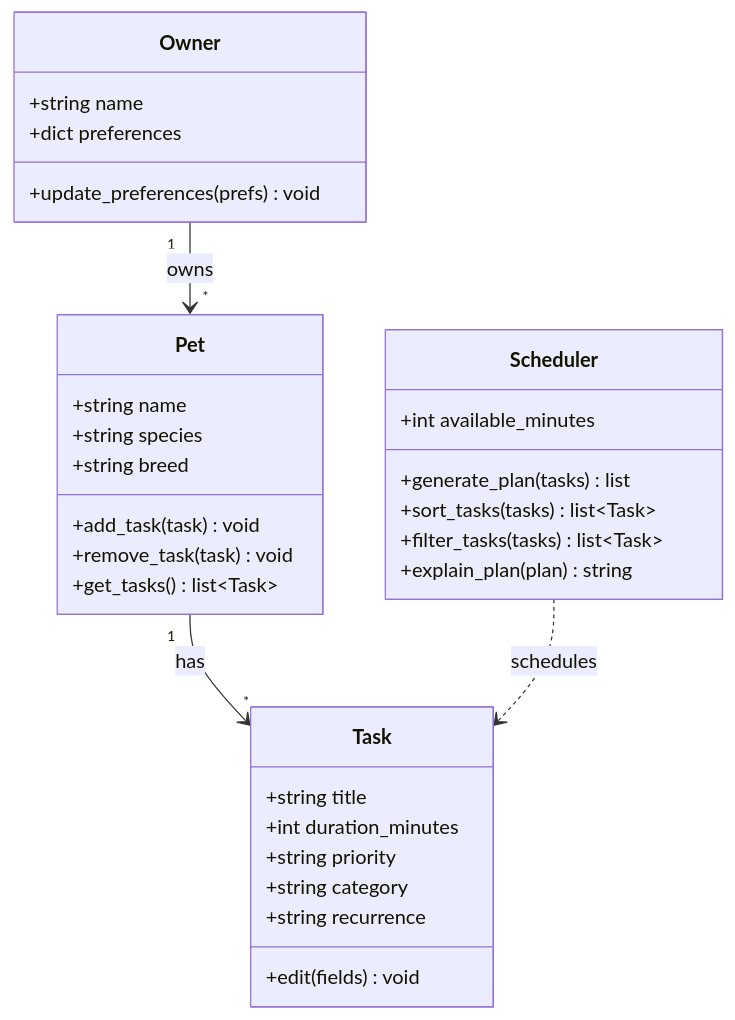
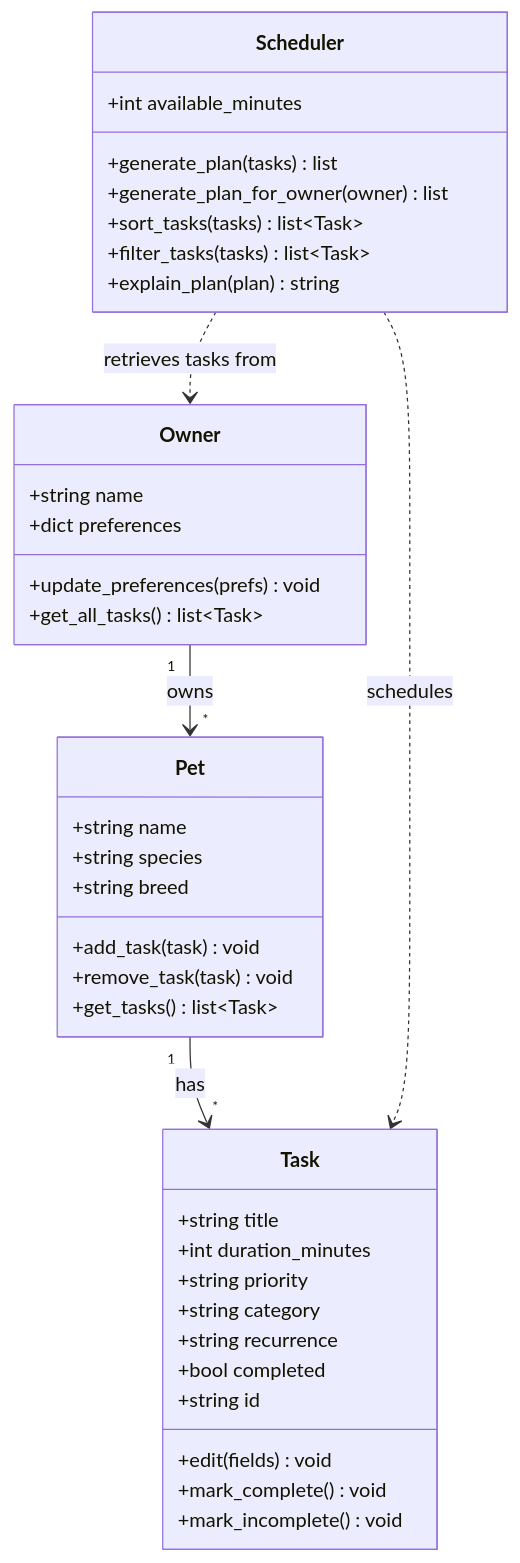
One commit to Nafissah33/AI-PawPal-pet-app changed the diagram in diagrams/uml.mmd. Above: the diagram before and after it, drawn with Mermaid. The commit also changed 5 other files, not shown here.

First line of the commit message:
Implement Owner/Pet/Task/Scheduler logic and add tests

```diff
--- a/diagrams/uml.mmd
+++ b/diagrams/uml.mmd
@@ -1,36 +1,43 @@
 classDiagram
     class Owner {
         +string name
         +dict preferences
         +update_preferences(prefs) void
+        +get_all_tasks() list~Task~
     }
 
     class Pet {
         +string name
         +string species
         +string breed
         +add_task(task) void
         +remove_task(task) void
         +get_tasks() list~Task~
     }
 
     class Task {
         +string title
         +int duration_minutes
         +string priority
         +string category
         +string recurrence
+        +bool completed
+        +string id
         +edit(fields) void
+        +mark_complete() void
+        +mark_incomplete() void
     }
 
     class Scheduler {
         +int available_minutes
         +generate_plan(tasks) list
+        +generate_plan_for_owner(owner) list
         +sort_tasks(tasks) list~Task~
         +filter_tasks(tasks) list~Task~
         +explain_plan(plan) string
     }
 
     Owner "1" --> "*" Pet : owns
     Pet "1" --> "*" Task : has
     Scheduler ..> Task : schedules
+    Scheduler ..> Owner : retrieves tasks from
```
